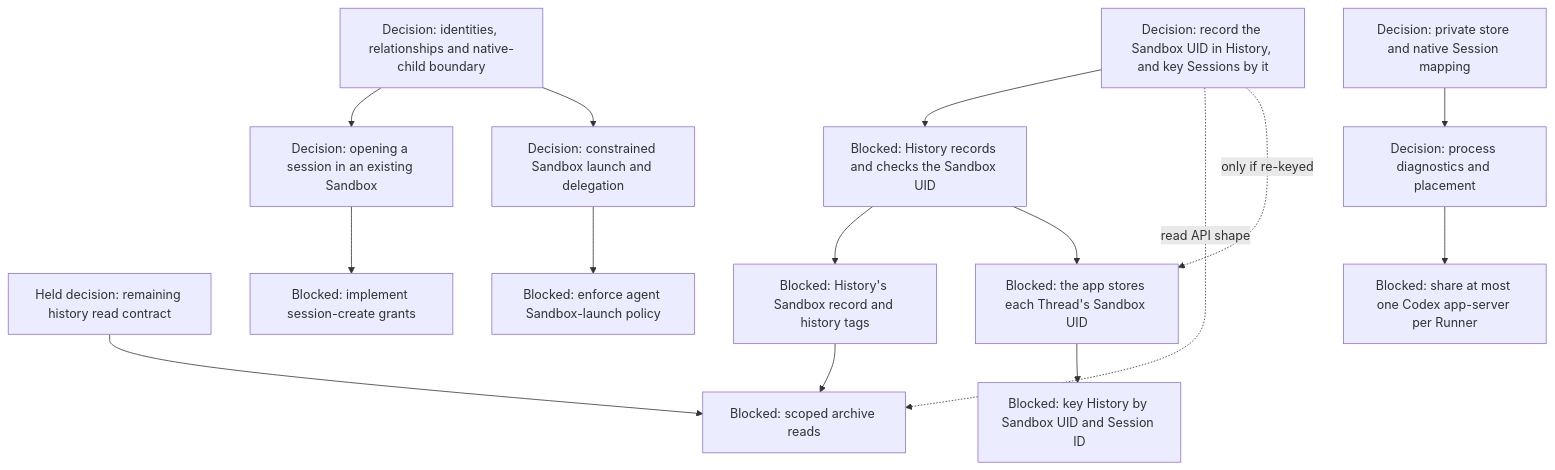
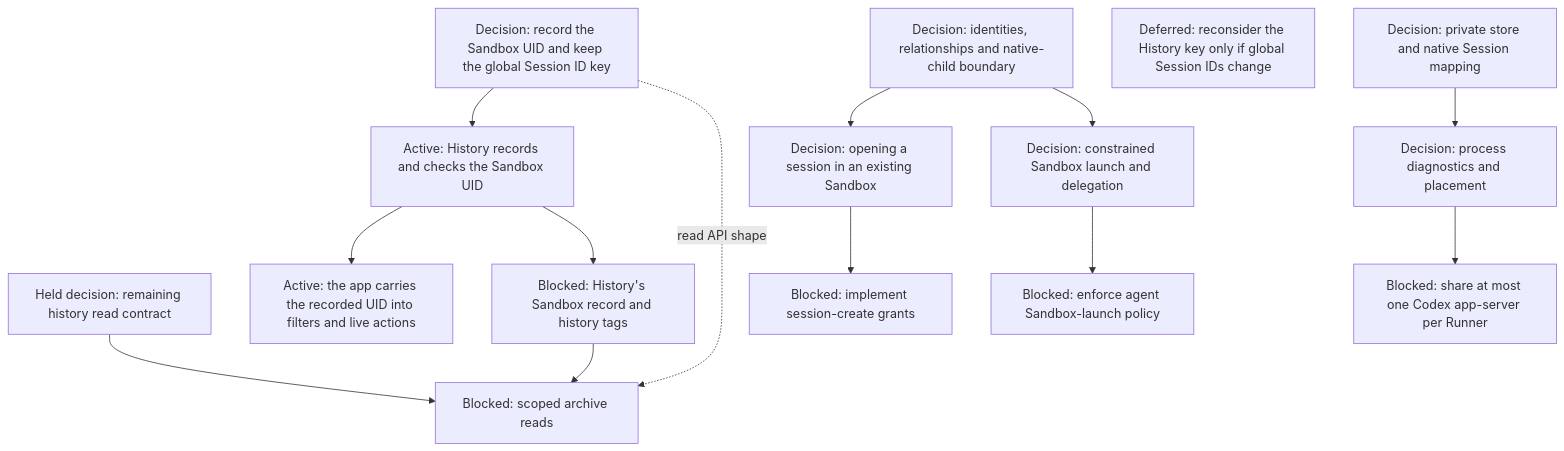
One commit to agentydragon-agent/ducktape changed the sixth of 18 diagrams in agentplane/plans/task_dag.md. Above: the diagram before and after it, drawn with Mermaid. The commit also changed other lines of this file and 47 other files, not shown here.

First line of the commit message:
Record Sandbox UID in Session history (#11835)

````diff
--- a/agentplane/plans/task_dag.md
+++ b/agentplane/plans/task_dag.md
@@ -300,31 +300,29 @@
 ```mermaid
 flowchart TD
     MULTIAGENT_MODEL[Decision: identities, relationships and native-child boundary]
     THREAD_READ_POLICY_DESIGN[Held decision: remaining history read contract]
     HISTORY_SANDBOX_RECORD[Blocked: History's Sandbox record and history tags]
     THREAD_READ_POLICY[Blocked: scoped archive reads]
-    HISTORY_SESSION_KEY_DESIGN[Decision: record the Sandbox UID in History, and key Sessions by it]
-    HISTORY_SANDBOX_UID[Blocked: History records and checks the Sandbox UID]
-    APP_THREAD_SANDBOX_UID[Blocked: the app stores each Thread's Sandbox UID]
-    HISTORY_SESSION_REKEY[Blocked: key History by Sandbox UID and Session ID]
+    HISTORY_SESSION_KEY_DESIGN[Decision: record the Sandbox UID and keep the global Session ID key]
+    HISTORY_SANDBOX_UID[Active: History records and checks the Sandbox UID]
+    APP_THREAD_SANDBOX_UID[Active: the app carries the recorded UID into filters and live actions]
+    HISTORY_SESSION_REKEY[Deferred: reconsider the History key only if global Session IDs change]
     THREAD_CREATE_POLICY[Decision: opening a session in an existing Sandbox]
     THREAD_CREATE_AUTHORIZATION[Blocked: implement session-create grants]
     AGENT_LAUNCH_POLICY_DESIGN[Decision: constrained Sandbox launch and delegation]
     AGENT_SANDBOX_LAUNCH[Blocked: enforce agent Sandbox-launch policy]
     MULTIAGENT_MODEL --> THREAD_CREATE_POLICY
     MULTIAGENT_MODEL --> AGENT_LAUNCH_POLICY_DESIGN
     THREAD_READ_POLICY_DESIGN --> THREAD_READ_POLICY
     HISTORY_SESSION_KEY_DESIGN --> HISTORY_SANDBOX_UID
     HISTORY_SESSION_KEY_DESIGN -. read API shape .-> THREAD_READ_POLICY
-    HISTORY_SESSION_KEY_DESIGN -. only if re-keyed .-> APP_THREAD_SANDBOX_UID
+    HISTORY_SANDBOX_UID --> APP_THREAD_SANDBOX_UID
     HISTORY_SANDBOX_UID --> HISTORY_SANDBOX_RECORD
     HISTORY_SANDBOX_RECORD --> THREAD_READ_POLICY
-    HISTORY_SANDBOX_UID --> APP_THREAD_SANDBOX_UID
-    APP_THREAD_SANDBOX_UID --> HISTORY_SESSION_REKEY
     THREAD_CREATE_POLICY --> THREAD_CREATE_AUTHORIZATION
     AGENT_LAUNCH_POLICY_DESIGN --> AGENT_SANDBOX_LAUNCH
     RUNNER_HARNESS_OBJECTS_DESIGN[Decision: process diagnostics and placement]
     HARNESS_IDENTITY_DESIGN[Decision: private store and native Session mapping]
     HARNESS_IDENTITY_DESIGN --> RUNNER_HARNESS_OBJECTS_DESIGN
     RUNNER_HARNESS_OBJECTS_DESIGN --> RUNNER_CODEX_SHARED_PROCESS[Blocked: share at most one Codex app-server per Runner]
 ```
````
